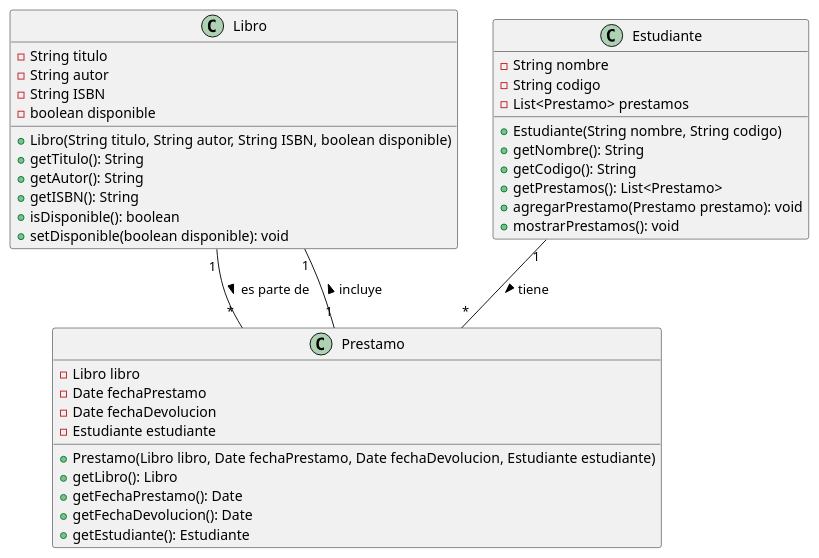
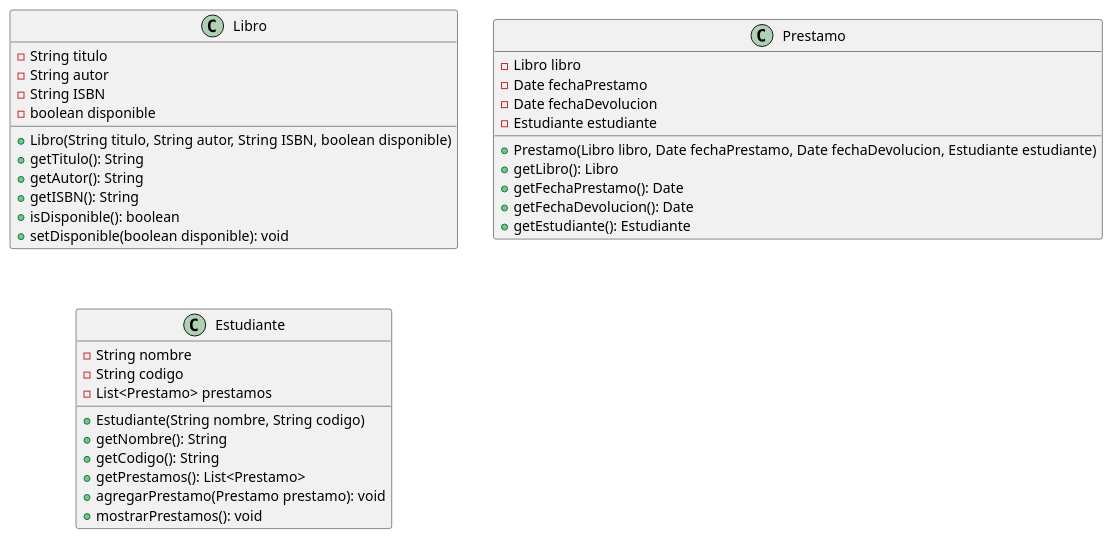
One commit to 100robert/LABORATORIO_POO_2024 changed the diagram in LABORATORIO_POO/EXAMENPARCIAL/Pregunta_05/GestionBiblioteca.puml. Above: the diagram before and after it, drawn with PlantUML. The commit also changed 6 other files, not shown here.

```diff
--- a/LABORATORIO_POO/EXAMENPARCIAL/Pregunta_05/GestionBiblioteca.puml
+++ b/LABORATORIO_POO/EXAMENPARCIAL/Pregunta_05/GestionBiblioteca.puml
@@ -1,47 +1,44 @@
 @startuml  Gestion de Biblioteca
+
 
 class Libro {
     - String titulo
     - String autor
     - String ISBN
     - boolean disponible
 
     + Libro(String titulo, String autor, String ISBN, boolean disponible)
     + getTitulo(): String
     + getAutor(): String
     + getISBN(): String
     + isDisponible(): boolean
     + setDisponible(boolean disponible): void
 }
 
 class Prestamo {
     - Libro libro
     - Date fechaPrestamo
     - Date fechaDevolucion
     - Estudiante estudiante
 
     + Prestamo(Libro libro, Date fechaPrestamo, Date fechaDevolucion, Estudiante estudiante)
     + getLibro(): Libro
     + getFechaPrestamo(): Date
     + getFechaDevolucion(): Date
     + getEstudiante(): Estudiante
 }
 
 class Estudiante {
     - String nombre
     - String codigo
     - List<Prestamo> prestamos
 
     + Estudiante(String nombre, String codigo)
     + getNombre(): String
     + getCodigo(): String
     + getPrestamos(): List<Prestamo>
     + agregarPrestamo(Prestamo prestamo): void
     + mostrarPrestamos(): void
 }
 
-Estudiante "1" -- "*" Prestamo : tiene >
-Prestamo "1" -- "1" Libro : incluye >
-Libro "1" -- "*" Prestamo : es parte de >
-
 @enduml
```
